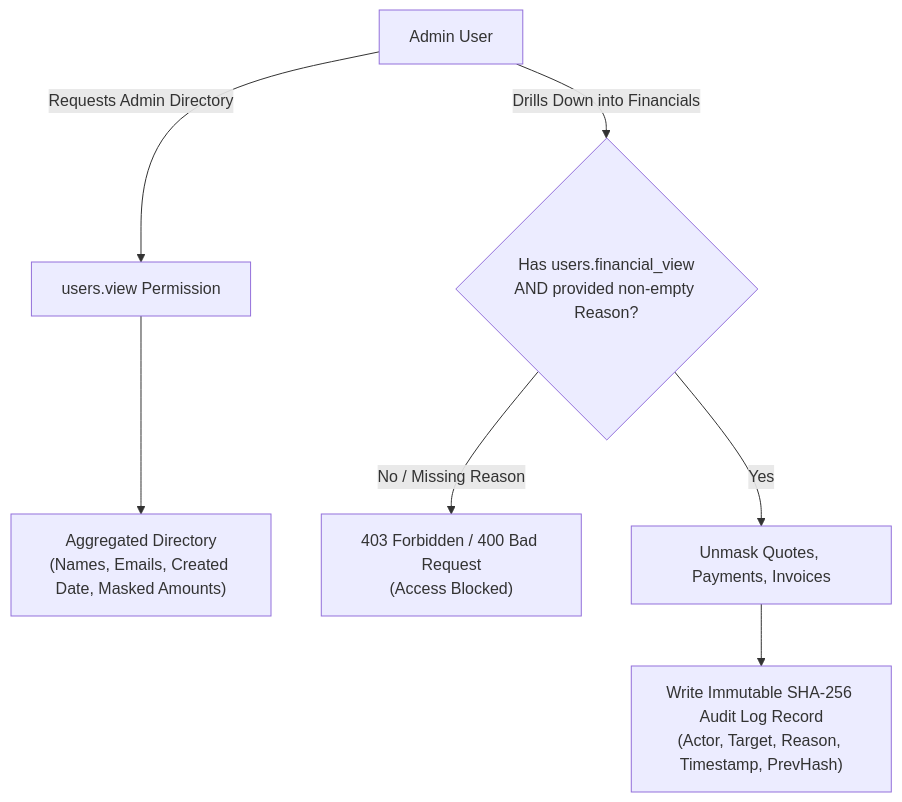
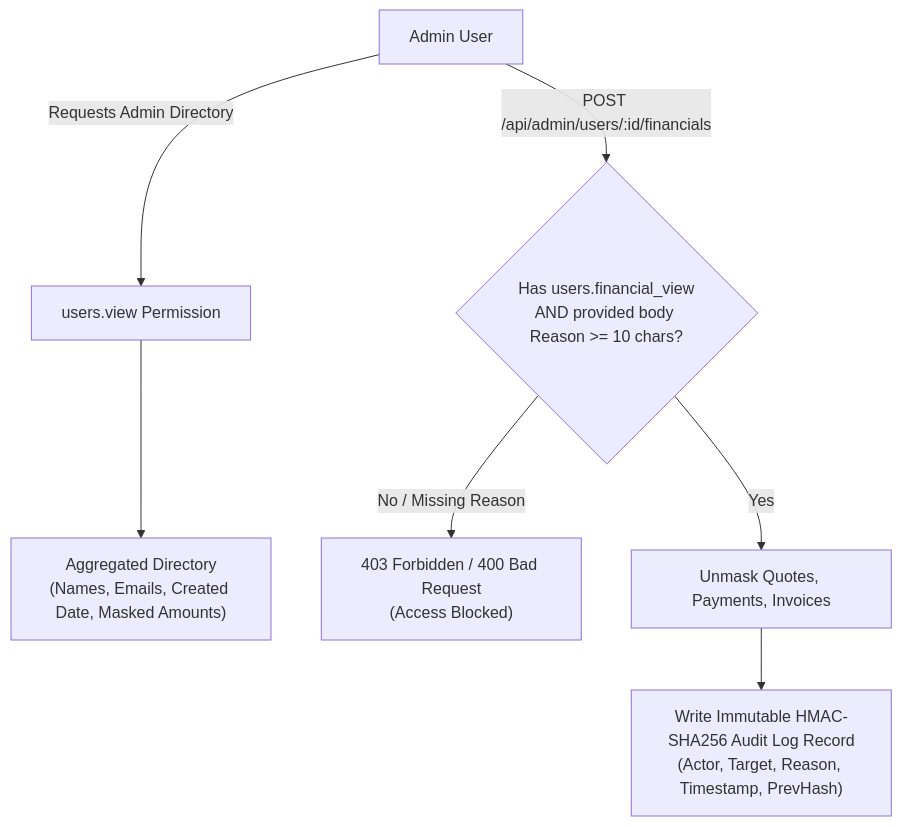
Before and after one commit to rishumohammed/wello: the diagram in SECURITY.md, drawn with Mermaid. The commit also changed other lines of this file and 149 other files, not shown here.

````diff
--- a/SECURITY.md
+++ b/SECURITY.md
@@ -65,10 +70,10 @@
 ```mermaid
 graph TD
     Admin["Admin User"] -->|Requests Admin Directory| UsersView["users.view Permission"]
     UsersView --> DirectoryView["Aggregated Directory<br/>(Names, Emails, Created Date, Masked Amounts)"]
     
-    Admin -->|Drills Down into Financials| FinViewCheck{"Has users.financial_view<br/>AND provided non-empty Reason?"}
+    Admin -->|POST /api/admin/users/:id/financials| FinViewCheck{"Has users.financial_view<br/>AND provided body Reason >= 10 chars?"}
     FinViewCheck -->|No / Missing Reason| Block403["403 Forbidden / 400 Bad Request<br/>(Access Blocked)"]
     FinViewCheck -->|Yes| FinViewAllowed["Unmask Quotes, Payments, Invoices"]
-    FinViewAllowed --> WriteAudit["Write Immutable SHA-256 Audit Log Record<br/>(Actor, Target, Reason, Timestamp, PrevHash)"]
+    FinViewAllowed --> WriteAudit["Write Immutable HMAC-SHA256 Audit Log Record<br/>(Actor, Target, Reason, Timestamp, PrevHash)"]
 ```
````
